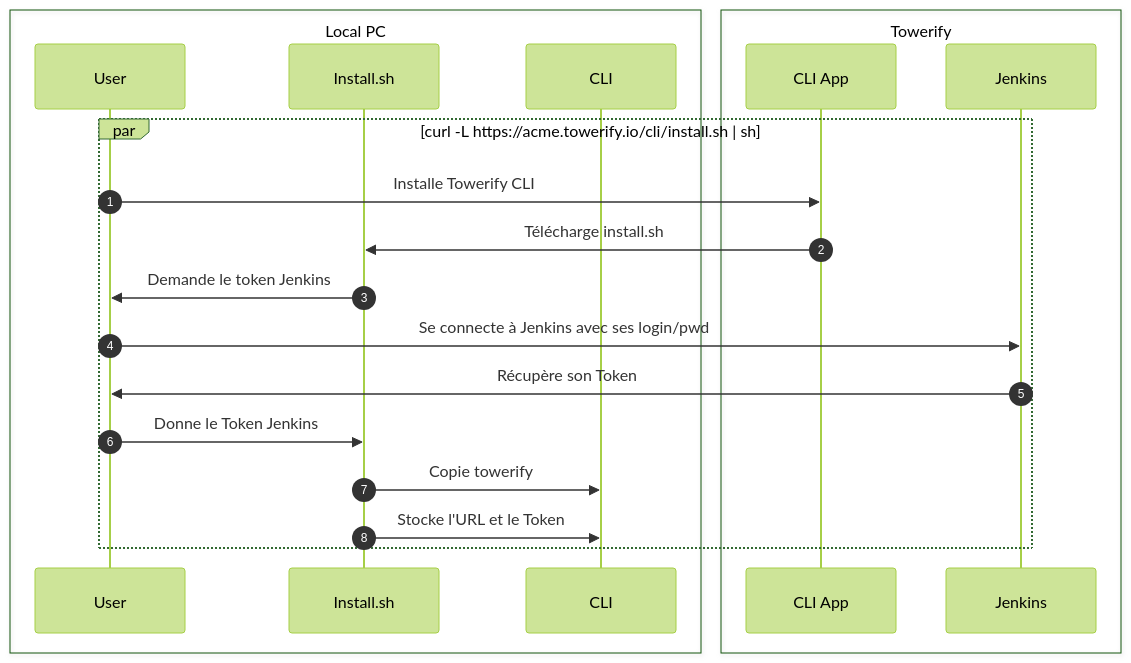
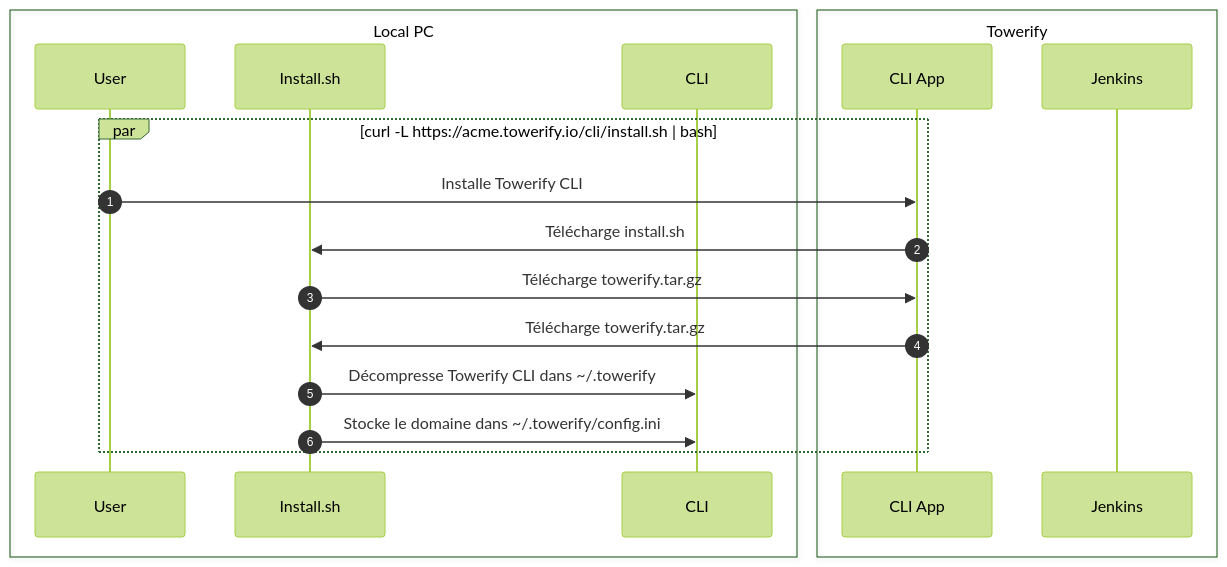
One commit to computablefacts/towerify-docs changed the first of 4 diagrams in docs/develop/coder.md. Above: the diagram before and after it, drawn with Mermaid (forest theme). The commit also changed other lines of this file and 2 other files, not shown here.

Commit message:
Update doc because towerify has changed

````diff
--- a/docs/develop/coder.md
+++ b/docs/develop/coder.md
@@ -34,27 +32,24 @@
 ``` mermaid
 sequenceDiagram
   autonumber
   box Local PC
     participant User
     participant Install as Install.sh
     participant CLI
   end
 
   box Towerify
     participant AppCLI as CLI App
     participant Jenkins
   end
 
-  par curl -L https://acme.towerify.io/cli/install.sh | sh
+  par curl -L https://acme.towerify.io/cli/install.sh | bash
     User ->> AppCLI: Installe Towerify CLI
     AppCLI ->> Install: Télécharge install.sh
 
-    Install ->> User: Demande le token Jenkins
-    User ->> Jenkins: Se connecte à Jenkins avec ses login/pwd
-    Jenkins ->> User: Récupère son Token
-    User ->> Install: Donne le Token Jenkins
-
-    Install ->> CLI: Copie towerify
-    Install ->> CLI: Stocke l'URL et le Token
+    Install ->> AppCLI: Télécharge towerify.tar.gz
+    AppCLI ->> Install: Télécharge towerify.tar.gz
+    Install ->> CLI: Décompresse Towerify CLI dans ~/.towerify
+    Install ->> CLI: Stocke le domaine dans ~/.towerify/config.ini
   end
 ```
````
